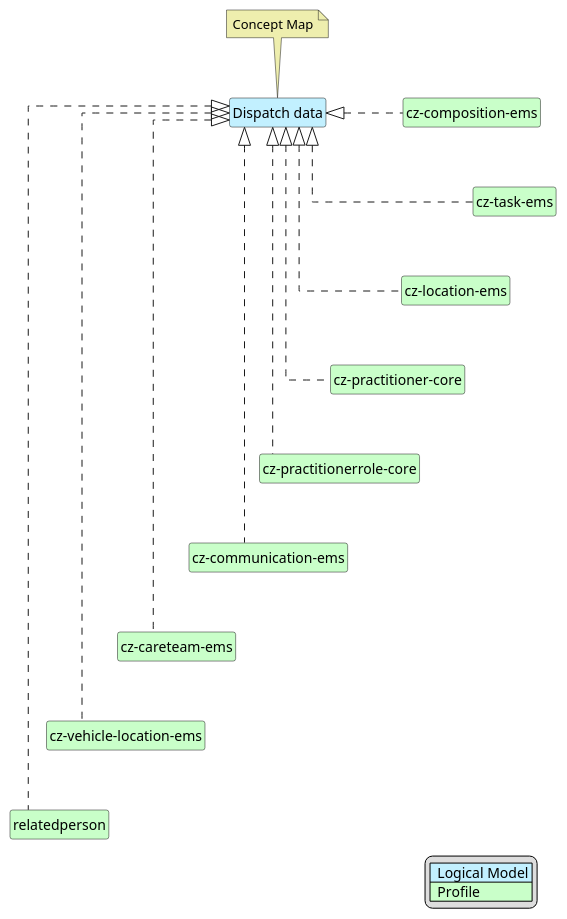
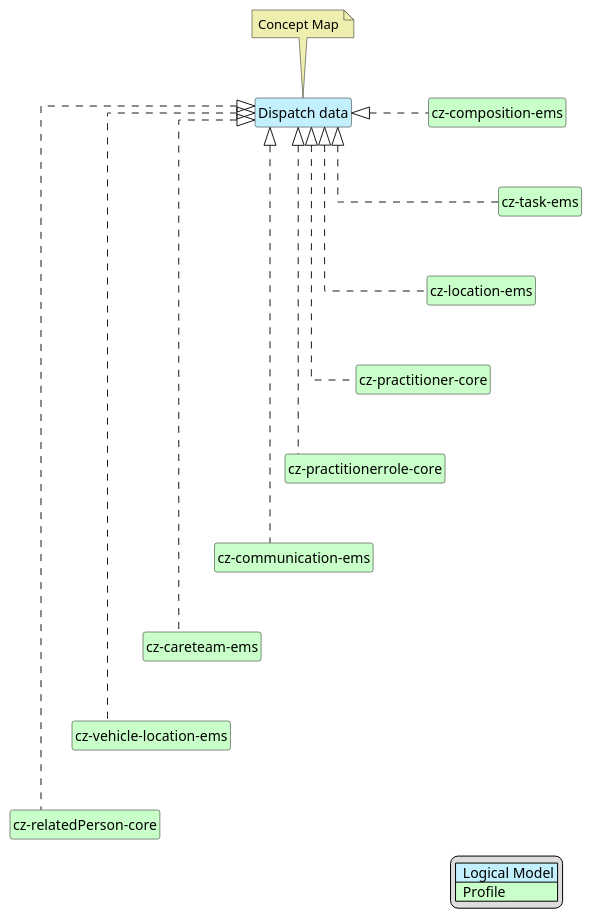
One commit to HL7-cz/cz-ems changed the diagram in input/images-source/emsDispatchData-map.plantuml. Above: the diagram before and after it, drawn with PlantUML. The commit also changed 8 other files, not shown here.

```diff
--- a/input/images-source/emsDispatchData-map.plantuml
+++ b/input/images-source/emsDispatchData-map.plantuml
@@ -1,50 +1,50 @@
 @startuml
 hide circle
 hide stereotype
 hide members
 hide methods
 skinparam linetype ortho
 skinparam class {
 BackgroundColor<<LogicalModel>> #APPLICATION
 BackgroundColor<<Profile>> #TECHNOLOGY
 }
 legend right
 | <#APPLICATION>  Logical Model |
 | <#TECHNOLOGY>  Profile |
 endlegend
 
 class "Dispatch data" <<LogicalModel>> [[StructureDefinition-DispatchDataCz.html]]
 note top #EEEEAE [[ConceptMap-DispatchDataEMS2FHIR-cz.html]]
 Concept Map
 endnote
 
 class "cz-composition-ems" <<Profile>> [[StructureDefinition-cz-composition-ems.html]]
 class "cz-task-ems" <<Profile>> [[StructureDefinition-cz-task-ems.html]]
 class "cz-vehicle-location-ems" <<Profile>> [[StructureDefinition-cz-vehicle-location-ems.html]]
 class "cz-location-ems" <<Profile>> [[StructureDefinition-cz-location-ems.html]]
 class "cz-careteam-ems" <<Profile>> [[StructureDefinition-cz-careteam-ems.html]]
 class "cz-practitioner-core" <<Profile>> [[https://build.fhir.org/ig/HL7-cz/cz-core/StructureDefinition-cz-practitioner-core.html]]
 class "cz-practitionerrole-core" <<Profile>> [[https://build.fhir.org/ig/HL7-cz/cz-core/StructureDefinition-cz-practitionerrole-core.html]]
 class "cz-communication-ems" <<Profile>> [[StructureDefinition-cz-communication-ems.html]]
-class "relatedperson" <<Profile>> [[https://hl7.org/fhir/R4/relatedperson.html]]
+class "cz-relatedPerson-core" <<Profile>> [[https://hl7.cz/fhir/core/StructureDefinition/cz-relatedPerson-core.html]]
 
 "Dispatch data" <|. "cz-composition-ems"
 "Dispatch data" <|. "cz-task-ems"
 "Dispatch data" <|. "cz-location-ems"
 "Dispatch data" <|. "cz-careteam-ems"
 "Dispatch data" <|. "cz-practitioner-core"
 "Dispatch data" <|. "cz-practitionerrole-core"
 "Dispatch data" <|. "cz-communication-ems"
 "Dispatch data" <|. "cz-vehicle-location-ems"
-"Dispatch data" <|. "relatedperson"
+"Dispatch data" <|. "cz-relatedPerson-core"
 
 "cz-composition-ems" -d[hidden]-> "cz-task-ems"
 "cz-task-ems" -d[hidden]-> "cz-location-ems"
 "cz-location-ems" -d[hidden]-> "cz-practitioner-core"
 "cz-practitioner-core" -d[hidden]-> "cz-practitionerrole-core"
 "cz-practitionerrole-core" -d[hidden]-> "cz-communication-ems"
 "cz-communication-ems" -d[hidden]-> "cz-careteam-ems"
 "cz-careteam-ems" -d[hidden]-> "cz-vehicle-location-ems"
-"cz-vehicle-location-ems" -d[hidden]-> "relatedperson"
+"cz-vehicle-location-ems" -d[hidden]-> "cz-relatedPerson-core"
 
 @enduml
```
